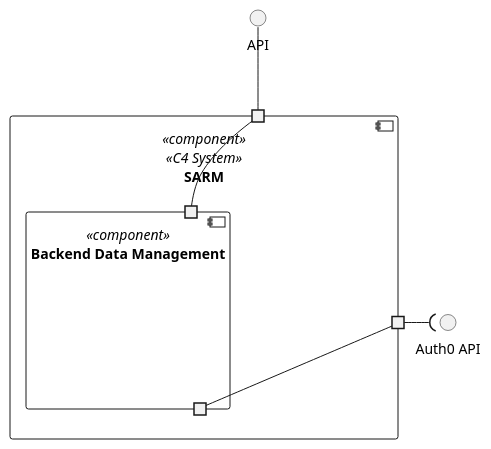
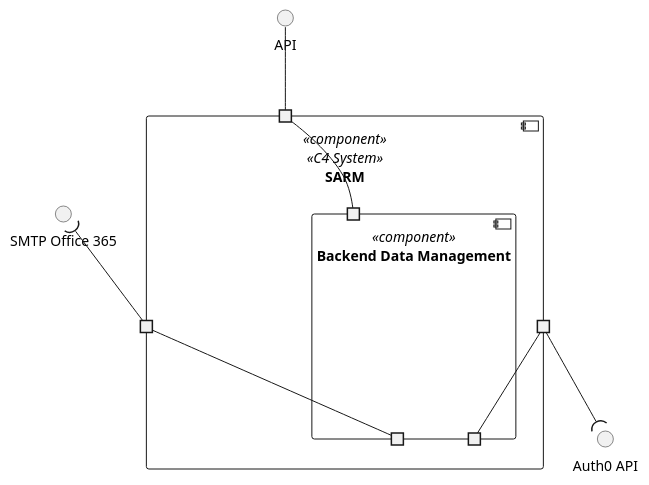
The diagram in docs/views/level2/logic-view.puml (1220846/sem5pi-24-25-3ddg20), drawn with PlantUML before and after one commit. The commit also changed 9 other files, not shown here.

```diff
--- a/docs/views/level2/logic-view.puml
+++ b/docs/views/level2/logic-view.puml
@@ -1,23 +1,29 @@
 @startuml logic-view
 top to bottom direction
 
 interface "API" as API
 interface "Auth0 API" as A0API
+interface "SMTP Office 365" as SMTP_Office_365
 
 component "SARM" <<component>> <<C4 System>> {
     portin " " as SARMPI
-    portout " " as SARMPI1
+    portout " " as SARMPO1
+    portout " " as SARMPO2
 
     component "Backend Data Management" <<component>> {
         portin " " as BackendPI
-        portout " " as BackendPI1
+        portout " " as BackendPO1
+        portout " " as BackendPO2
     }
 
 }
 
 API -- SARMPI
-SARMPI1 -r-( A0API
+SARMPO1 --( A0API
 SARMPI -- BackendPI
-SARMPI1 -- BackendPI1
+SARMPO1 -- BackendPO1
+
+SARMPO2 -- BackendPO2
+SARMPO2 -u-( SMTP_Office_365
 
 @enduml
```
